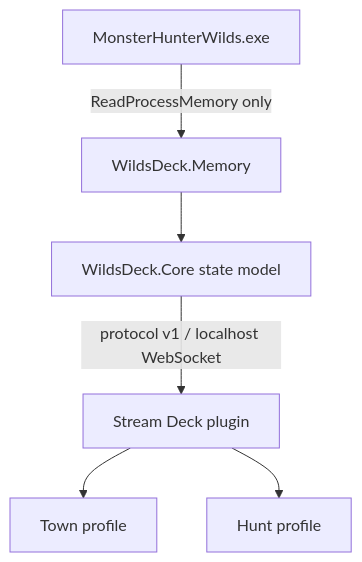
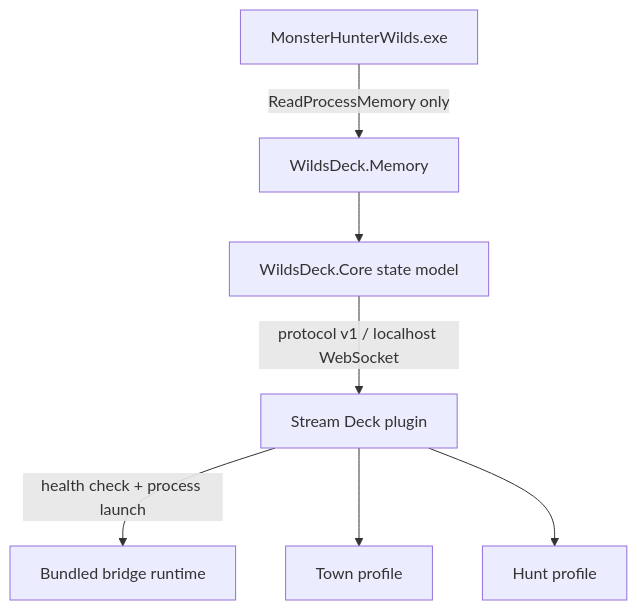
The diagram in docs/architecture.md (EPeillard/WildsDeck), drawn with Mermaid before and after one commit. The commit also changed other lines of this file and 14 other files, not shown here.

First line of the commit message:
feat: auto-start bundled bridge from Stream Deck

````diff
--- a/docs/architecture.md
+++ b/docs/architecture.md
@@ -5,8 +5,9 @@
 ```mermaid
 flowchart TD
     Game["MonsterHunterWilds.exe"] -->|"ReadProcessMemory only"| Memory["WildsDeck.Memory"]
     Memory --> Core["WildsDeck.Core state model"]
     Core -->|"protocol v1 / localhost WebSocket"| Plugin["Stream Deck plugin"]
+    Plugin -->|"health check + process launch"| BridgeRuntime["Bundled bridge runtime"]
     Plugin --> Town["Town profile"]
     Plugin --> Hunt["Hunt profile"]
 ```
````
